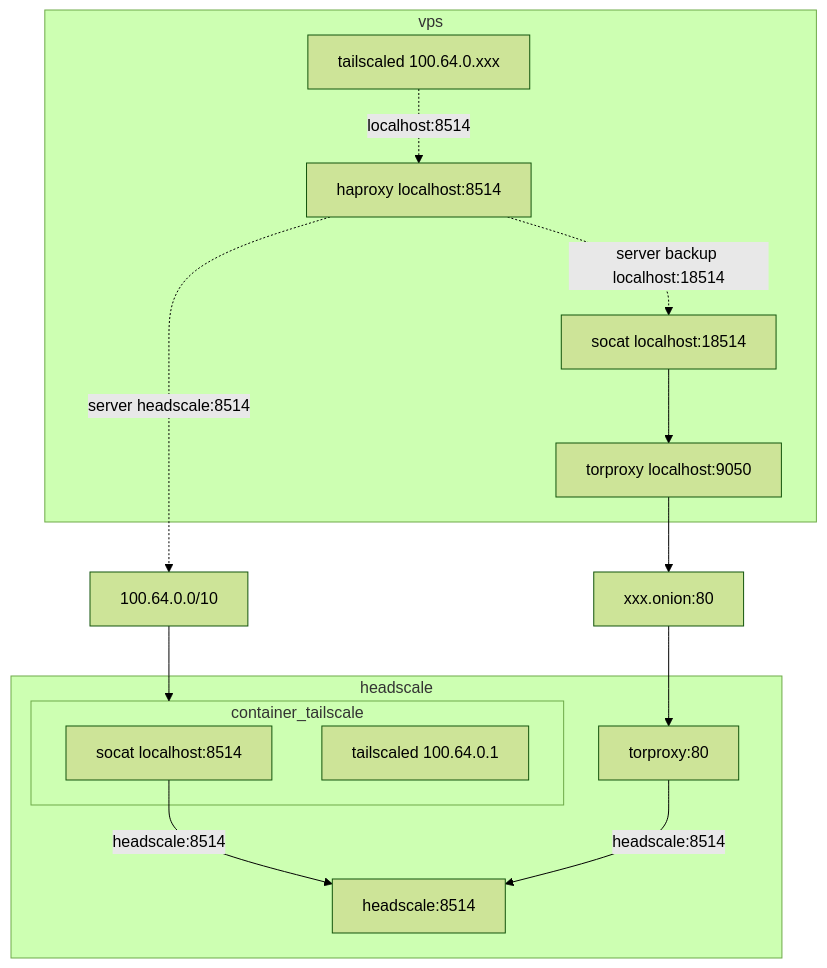
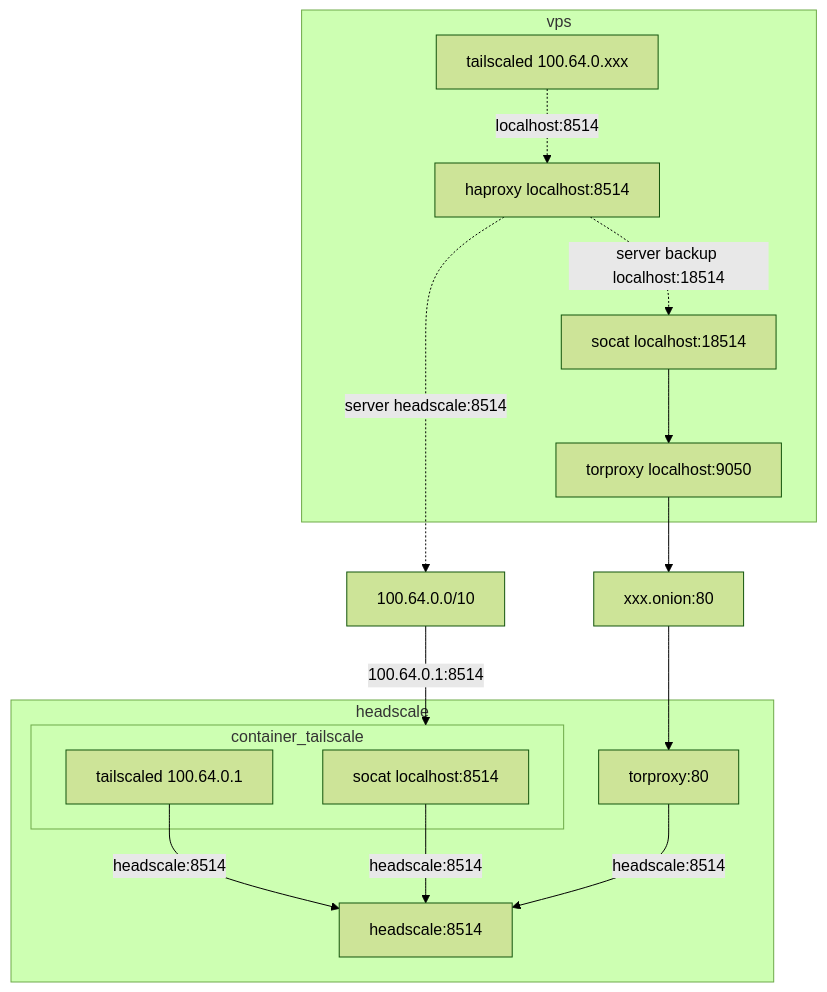
Before and after one commit to andreygubarev/docker-compose-headscale: the diagram in README.md, drawn with Mermaid (forest theme).

Commit message:
add more details to arch

````diff
--- a/README.md
+++ b/README.md
@@ -3,33 +3,34 @@
 ```mermaid
 flowchart TB
     subgraph vps
         vps_tailscale[tailscaled 100.64.0.xxx]
 
         vps_haproxy[haproxy localhost:8514]
         vps_socat[socat localhost:18514]
         vps_tor[torproxy localhost:9050]
     end
 
     network_tor_hiddenservice[xxx.onion:80]
     network_tailscale[100.64.0.0/10]
 
     subgraph headscale
         container_headscale[headscale:8514]
         container_tor[torproxy:80]
         subgraph container_tailscale
             container_tailscale_socat[socat localhost:8514]
             container_tailscale_tailscale[tailscaled 100.64.0.1]
         end
+        container_tailscale_tailscale -- headscale:8514 --> container_headscale
     end
 
     vps_tailscale -. localhost:8514 .-> vps_haproxy
     vps_haproxy -. server headscale:8514 .-> network_tailscale
     vps_haproxy -. server backup localhost:18514 .-> vps_socat
     vps_socat --> vps_tor --> network_tor_hiddenservice
 
     container_tailscale_socat -- headscale:8514 --> container_headscale
     container_tor -- headscale:8514 --> container_headscale
 
-    network_tailscale --> container_tailscale
+    network_tailscale -- 100.64.0.1:8514 --> container_tailscale
     network_tor_hiddenservice --> container_tor
 ```
````
